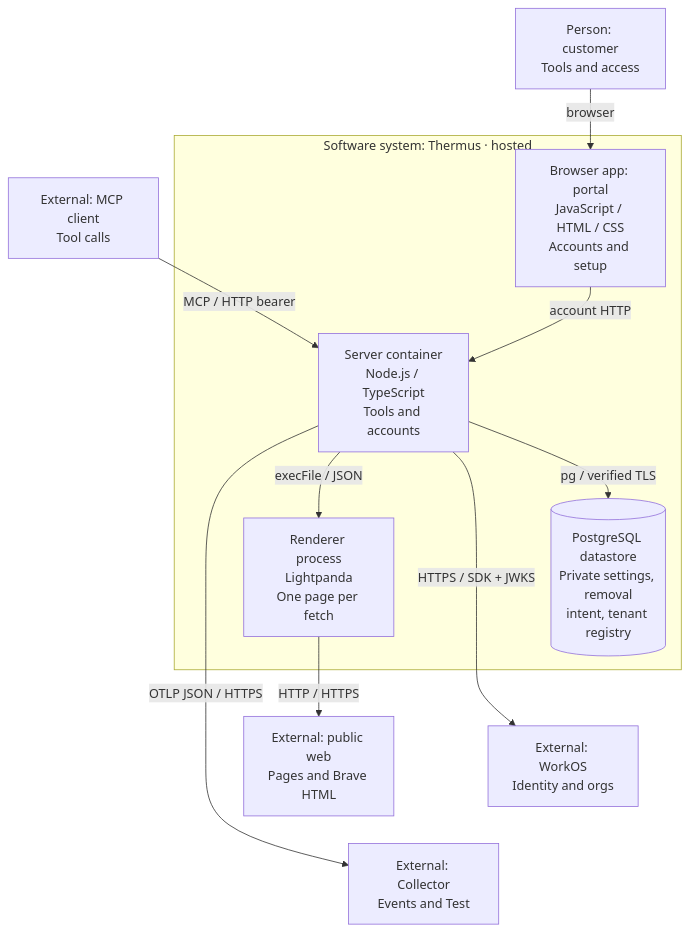
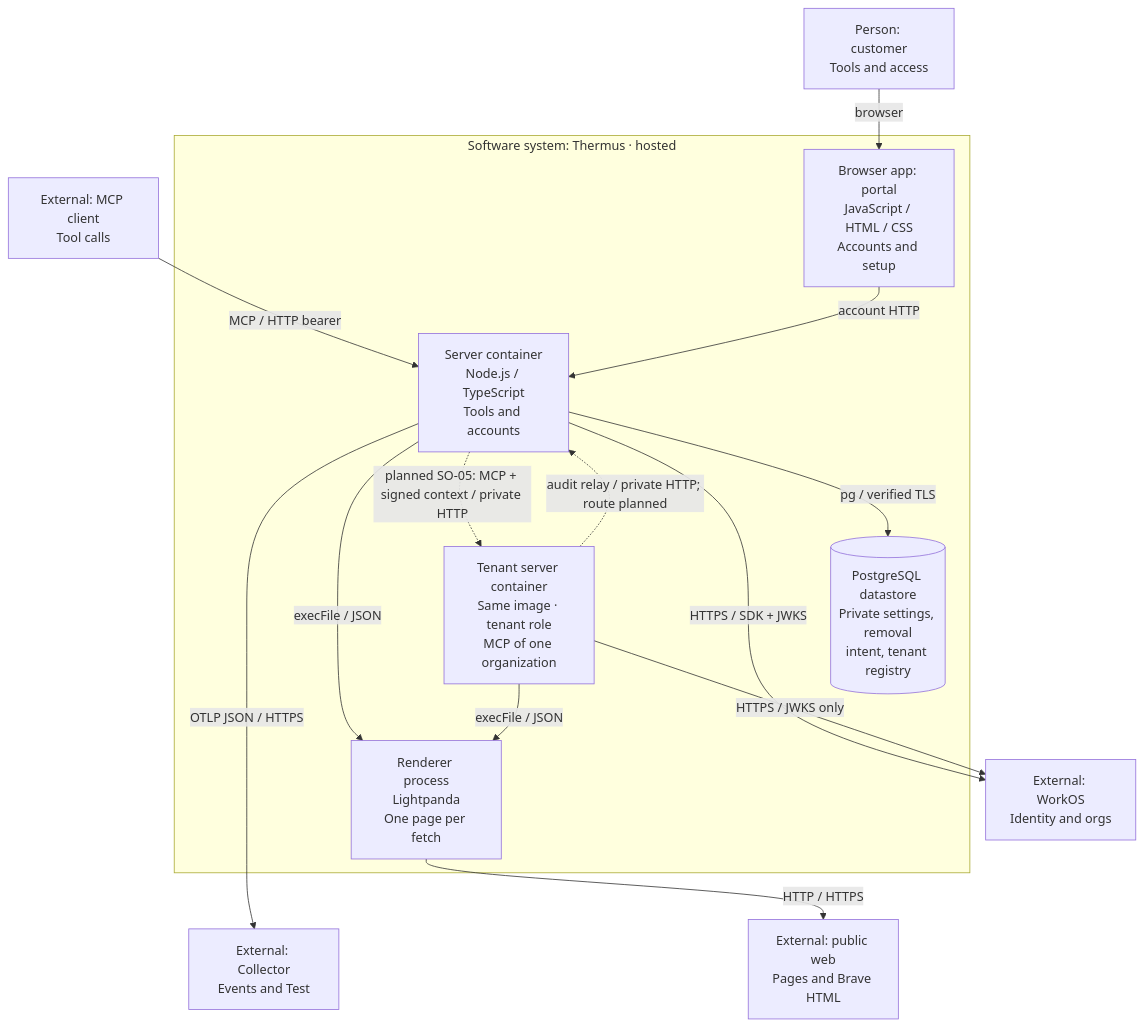
Before and after one commit to tomer-mayara/Thermus: the second of 17 diagrams in architecture/components.md, drawn with Mermaid. The commit also changed other lines of this file and 68 other files, not shown here.

First line of the commit message:
Add the tenant role with the signed access context and the audit relay (SO-03) (#280)

````diff
--- a/architecture/components.md
+++ b/architecture/components.md
@@ -62,26 +67,31 @@
 ```mermaid
 %%{init: {"flowchart": {"wrappingWidth": 130, "nodeSpacing": 20, "rankSpacing": 35}}}%%
 flowchart TB
   hosted_user["Person: customer<br/>Tools and access"]
   hosted_client["External: MCP client<br/>Tool calls"]
   subgraph hosted_system["Software system: Thermus · hosted"]
     hosted_portal["Browser app: portal<br/>JavaScript / HTML / CSS<br/>Accounts and setup"]
     hosted_server["Server container<br/>Node.js / TypeScript<br/>Tools and accounts"]
+    hosted_tenant["Tenant server container<br/>Same image · tenant role<br/>MCP of one organization"]
     hosted_renderer["Renderer process<br/>Lightpanda<br/>One page per fetch"]
     hosted_settings[("PostgreSQL datastore<br/>Private settings, removal<br/>intent, tenant registry")]
   end
   hosted_workos["External: WorkOS<br/>Identity and orgs"]
   hosted_public["External: public web<br/>Pages and Brave HTML"]
   hosted_collector["External: Collector<br/>Events and Test"]
   hosted_user -->|browser| hosted_portal
   hosted_client -->|MCP / HTTP bearer| hosted_server
   hosted_portal -->|account HTTP| hosted_server
   hosted_server -->|HTTPS / SDK + JWKS| hosted_workos
   hosted_server -->|pg / verified TLS| hosted_settings
   hosted_server -->|OTLP JSON / HTTPS| hosted_collector
   hosted_server -->|execFile / JSON| hosted_renderer
+  hosted_server -.->|planned SO-05: MCP + signed context / private HTTP| hosted_tenant
+  hosted_tenant -.->|audit relay / private HTTP; route planned| hosted_server
+  hosted_tenant -->|HTTPS / JWKS only| hosted_workos
+  hosted_tenant -->|execFile / JSON| hosted_renderer
   hosted_renderer -->|HTTP / HTTPS| hosted_public
   %% Invisible links keep external services in one column.
   hosted_settings ~~~ hosted_workos
   hosted_workos ~~~ hosted_collector
 ```
````
